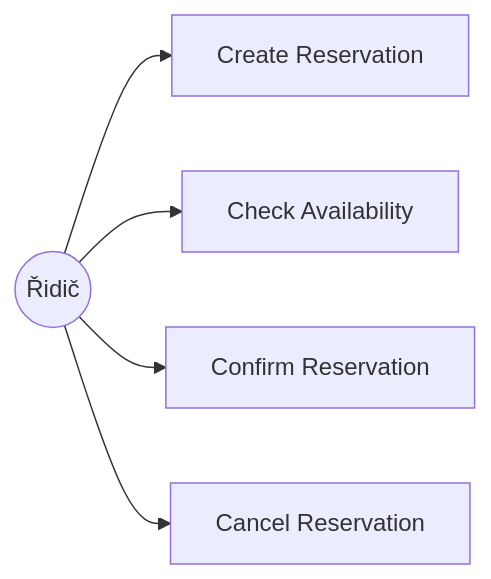
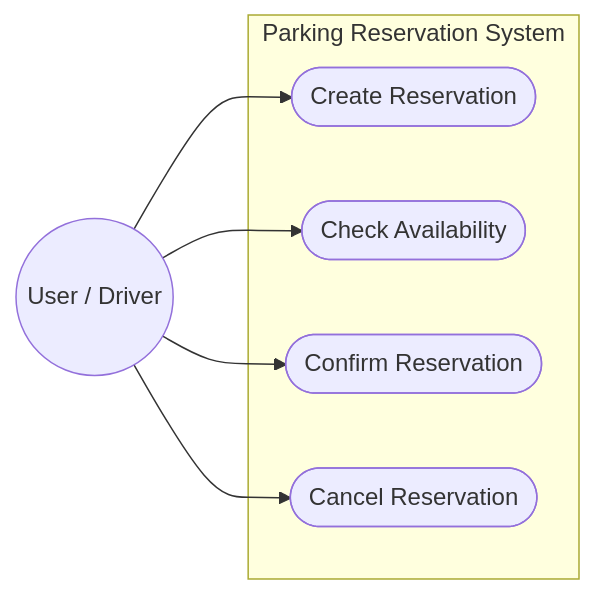
The first of 3 diagrams in docs/specification.md (Kenimos/SWI_Project_2026), drawn with Mermaid before and after one commit. The commit also changed other lines of this file, not shown here.

Commit message:
Modified: docs/specification.md — OP-04, the use-case and activity diagrams, and related consistency checks.

````diff
--- a/docs/specification.md
+++ b/docs/specification.md
@@ -297,8 +352,14 @@
 ```mermaid
 flowchart LR
-    Driver((Řidič))
-    Driver --> UC1[Create Reservation]
-    Driver --> UC2[Check Availability]
-    Driver --> UC3[Confirm Reservation]
-    Driver --> UC4[Cancel Reservation]
+    User((User / Driver))
+    subgraph System["Parking Reservation System"]
+        UC1([Create Reservation])
+        UC2([Check Availability])
+        UC3([Confirm Reservation])
+        UC4([Cancel Reservation])
+    end
+    User --> UC1
+    User --> UC2
+    User --> UC3
+    User --> UC4
 ```
````
